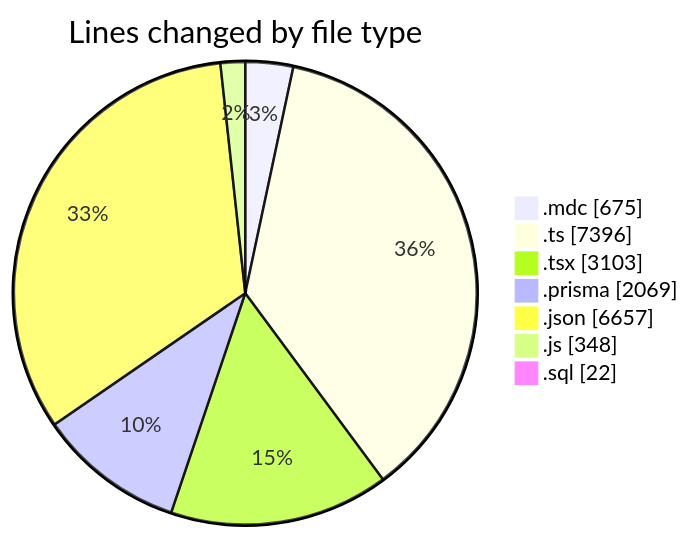
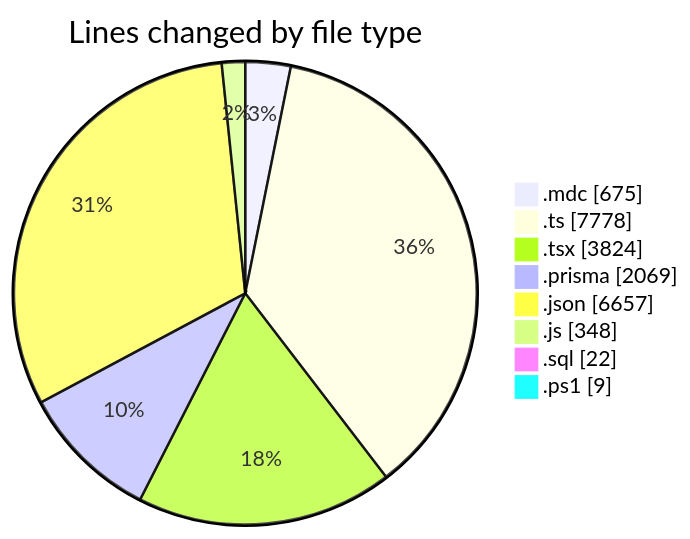
The first of 2 diagrams in 2025-06-05/ecodeli-1/README.md (CELIANVF/code-tracking), drawn with Mermaid before and after one commit. The commit also changed other lines of this file and 1 other file, not shown here.

````diff
--- a/2025-06-05/ecodeli-1/README.md
+++ b/2025-06-05/ecodeli-1/README.md
@@ -58,11 +62,12 @@
 ```mermaid
 pie showData
 title Lines changed by file type
 ".mdc" : 675
-".ts" : 7396
-".tsx" : 3103
+".ts" : 7778
+".tsx" : 3824
 ".prisma" : 2069
 ".json" : 6657
 ".js" : 348
 ".sql" : 22
+".ps1" : 9
 ```
````
